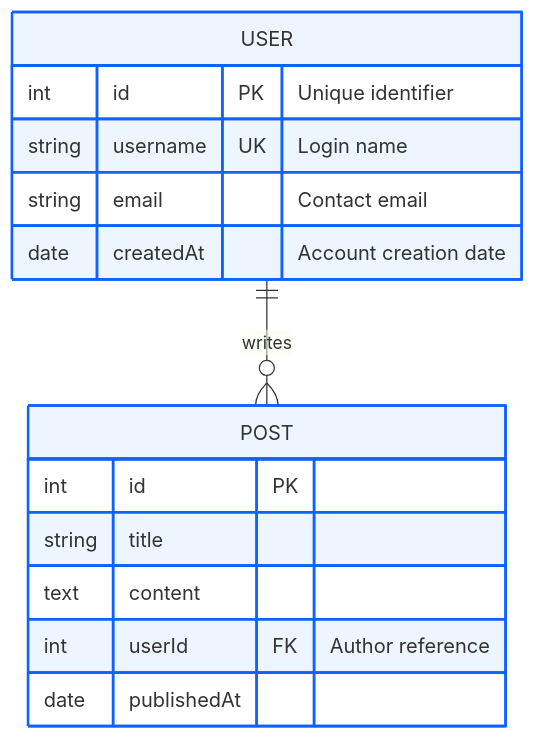
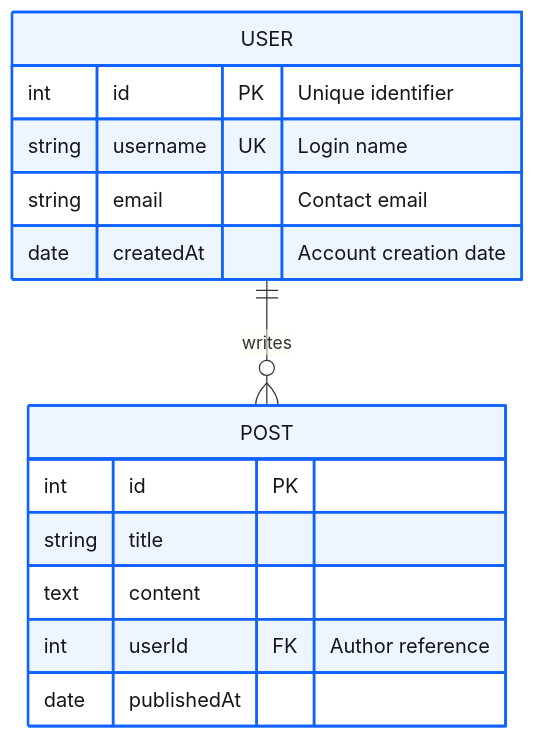
Before and after one commit to zhiweio/mermaid-illustrate: the sixth of 9 diagrams in examples/er.md, drawn with Mermaid. The commit also changed other lines of this file and 22 other files, not shown here.

````diff
--- a/examples/er.md
+++ b/examples/er.md
@@ -123,20 +123,20 @@
 ```mermaid
 erDiagram
     USER {
         int id PK "Unique identifier"
         string username UK "Login name"
         string email "Contact email"
         date createdAt "Account creation date"
     }
     POST {
         int id PK
         string title
         text content
         int userId FK "Author reference"
         date publishedAt
     }
     USER ||--o{ POST : "writes"
 
-    classDef bpEntity fill:#edf5ff,stroke:#0f62fe,stroke-width:2px
+    classDef bpEntity fill:#edf5ff,stroke:#0f62fe,stroke-width:2px,color:#161616
     class USER,POST bpEntity
 ```
````
